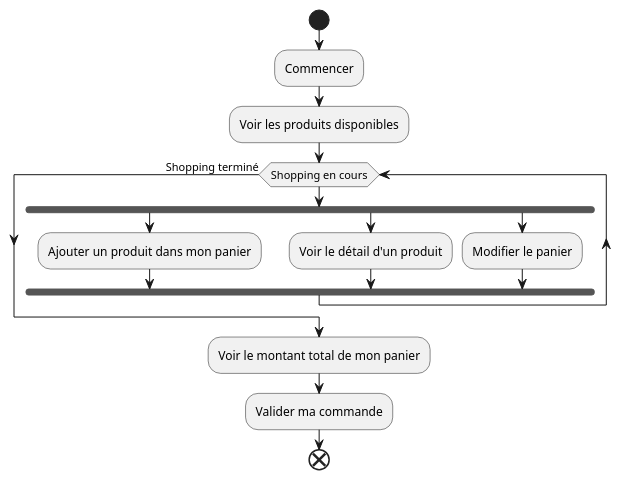
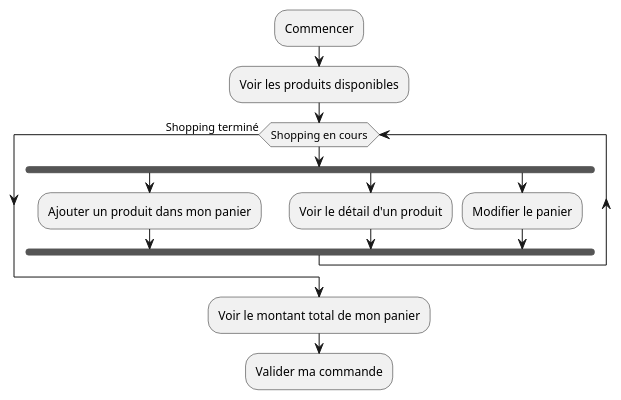
One commit to LeaBoillot/S03-LocalExpress-LeaBoillot changed the diagram in assets/activity.puml. Above: the diagram before and after it, drawn with PlantUML. The commit also changed 2 other files, not shown here.

Commit message:
Improve ERD diagram & fix activity diagram

```diff
--- a/assets/activity.puml
+++ b/assets/activity.puml
@@ -1,16 +1,16 @@
-start
+@startuml activity
 :Commencer;
 :Voir les produits disponibles;
 
 while (Shopping en cours)
     fork
         :Ajouter un produit dans mon panier;
     fork again
         :Voir le détail d'un produit;
     fork again
         :Modifier le panier;
     end fork
 endwhile (Shopping terminé)
 :Voir le montant total de mon panier;
 :Valider ma commande;
-end
+@enduml
```
